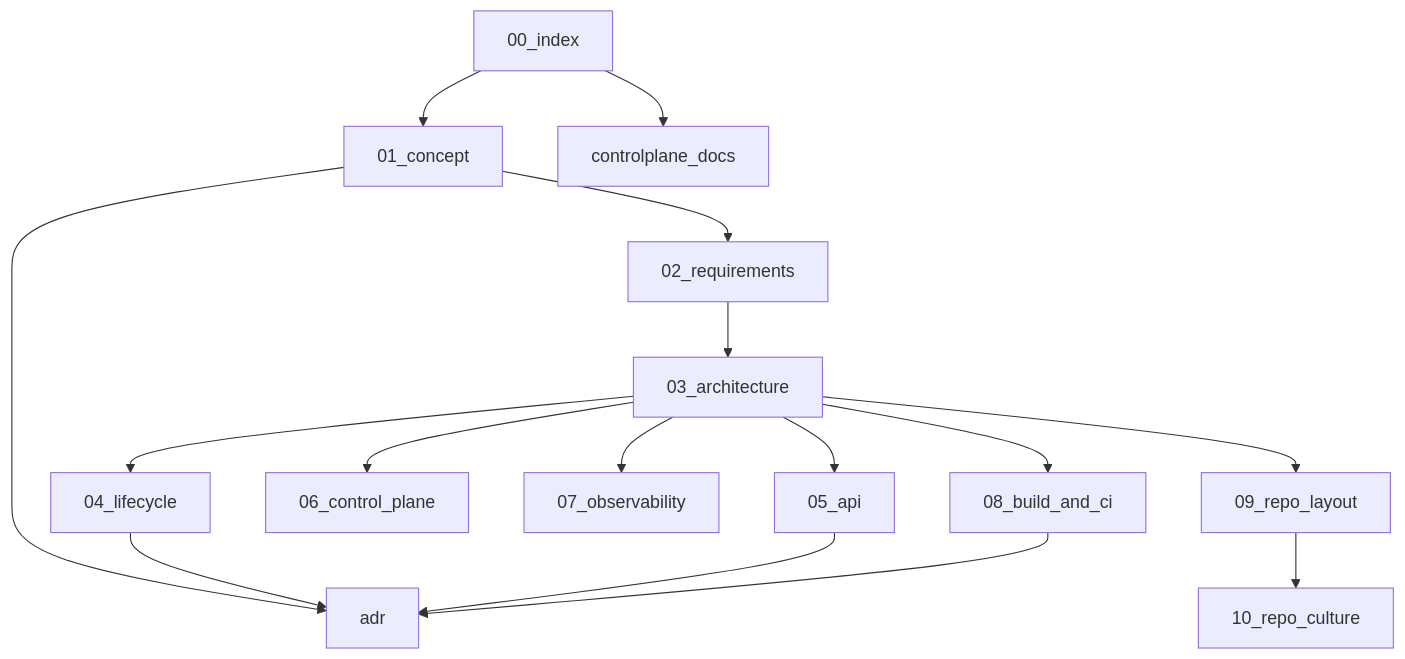
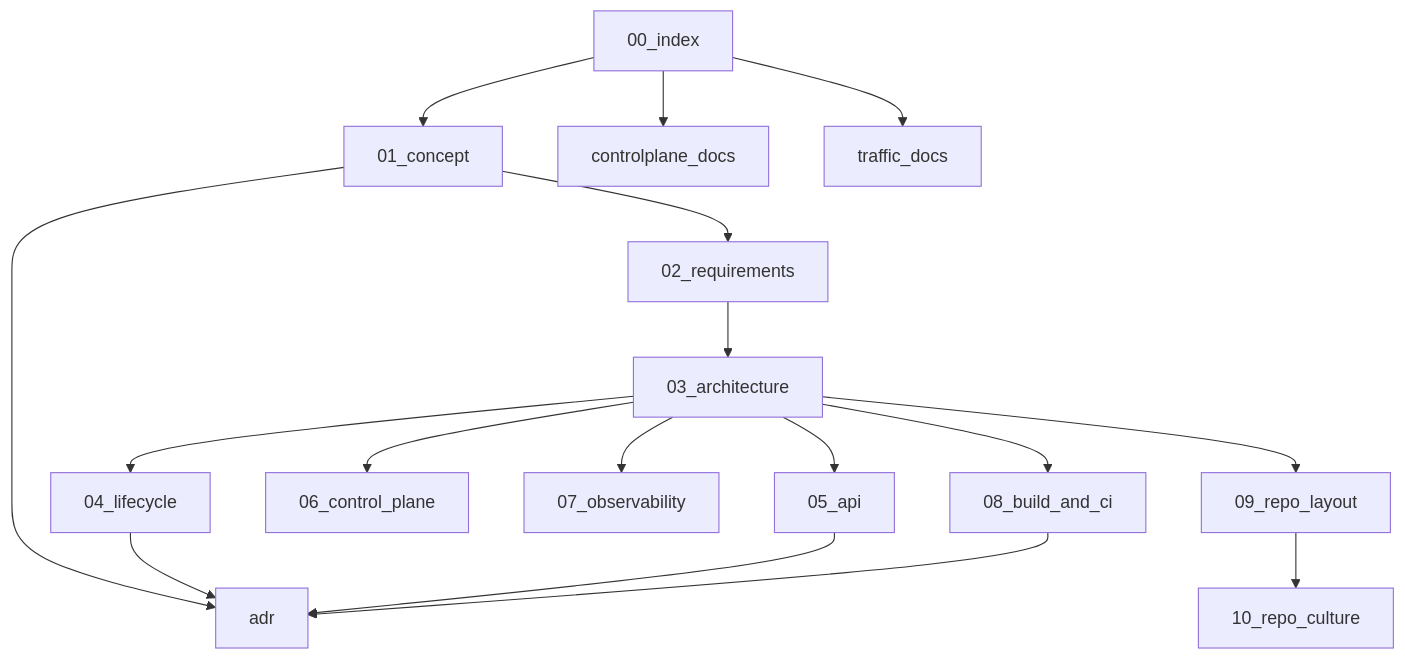
The diagram in docs/00-index.md (ne-tort/sing-box-subserver), drawn with Mermaid before and after one commit. The commit also changed other lines of this file and 43 other files, not shown here.

````diff
--- a/docs/00-index.md
+++ b/docs/00-index.md
@@ -5,29 +5,30 @@
 ```mermaid
 flowchart TD
   idx[00_index]
   concept[01_concept]
   req[02_requirements]
   arch[03_architecture]
   life[04_lifecycle]
   api[05_api]
   cp[06_control_plane]
   obs[07_observability]
   build[08_build_and_ci]
   layout[09_repo_layout]
   culture[10_repo_culture]
   adr[adr]
   cpmod[controlplane_docs]
   idx --> concept --> req --> arch
   arch --> life
   arch --> api
   arch --> cp
   arch --> obs
   arch --> build
   arch --> layout
   layout --> culture
   concept --> adr
   life --> adr
   api --> adr
   build --> adr
   idx --> cpmod
+  idx --> trafficmod[traffic_docs]
 ```
````
